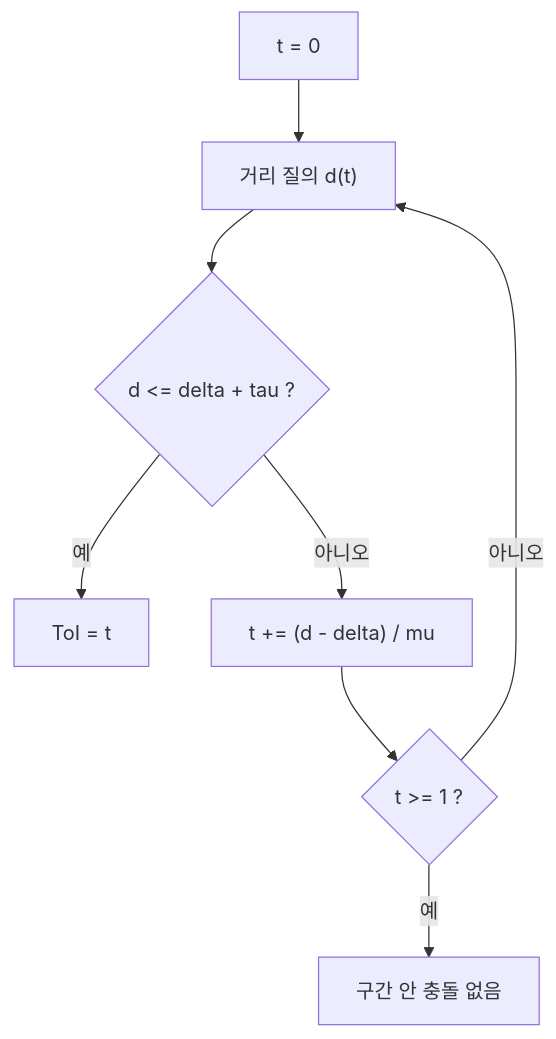
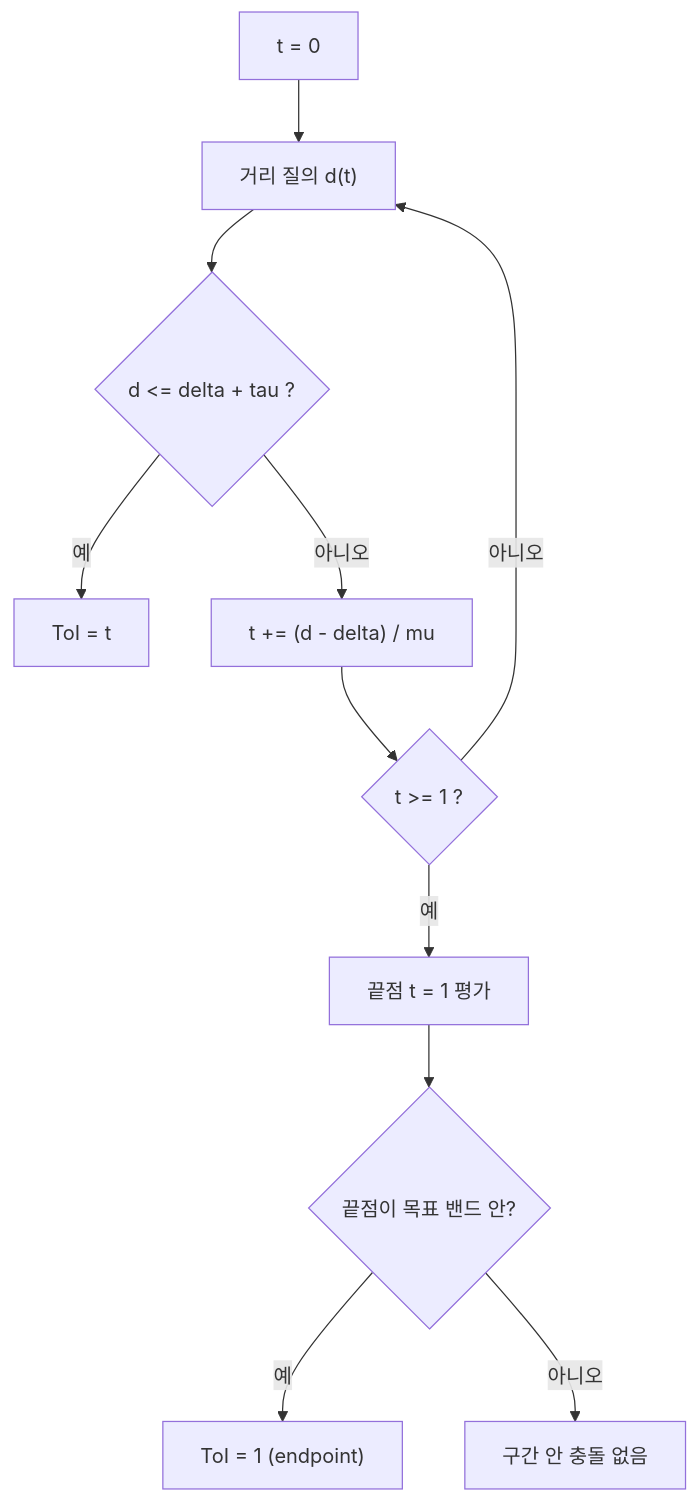
One commit to Rein-ArXiv/game-dev-curriculum changed the third of 4 diagrams in math/part21_sweep_and_toi.md. Above: the diagram before and after it, drawn with Mermaid. The commit also changed other lines of this file and 279 other files, not shown here.

````diff
--- a/math/part21_sweep_and_toi.md
+++ b/math/part21_sweep_and_toi.md
@@ -333,10 +337,13 @@
 ```mermaid
 flowchart TD
     Start["t = 0"] --> Dist["거리 질의 d(t)"]
     Dist --> Q{"d <= delta + tau ?"}
     Q -->|예| Hit["ToI = t"]
     Q -->|아니오| Adv["t += (d - delta) / mu"]
     Adv --> Q2{"t >= 1 ?"}
-    Q2 -->|예| Miss["구간 안 충돌 없음"]
+    Q2 -->|예| EndEval["끝점 t = 1 평가"]
+    EndEval --> Q3{"끝점이 목표 밴드 안?"}
+    Q3 -->|예| HitEnd["ToI = 1 (endpoint)"]
+    Q3 -->|아니오| Miss["구간 안 충돌 없음"]
     Q2 -->|아니오| Dist
 ```
````
